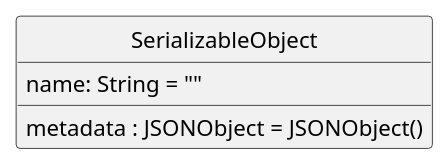
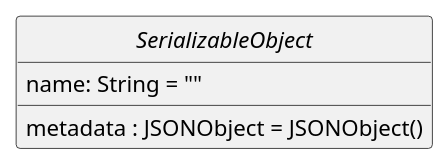
The fifth of 34 diagrams in src/main/md/otio-core.md (sandflow/otio-core-specification), drawn with PlantUML before and after one commit. The commit also changed other lines of this file, not shown here.

````diff
--- a/src/main/md/otio-core.md
+++ b/src/main/md/otio-core.md
@@ -177,13 +211,13 @@
 ```puml
 @startuml
 hide empty members
 hide circle
 skinparam classAttributeIconSize 0
 
-class SerializableObject {
+abstract class SerializableObject {
   name: String = ""
   metadata : JSONObject = JSONObject()
 }
 
 @enduml
 ```
````
